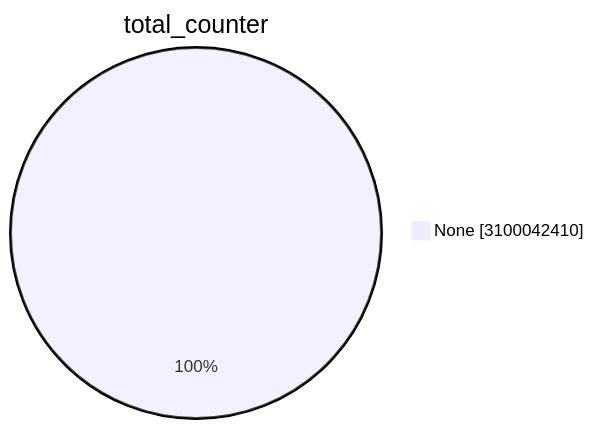
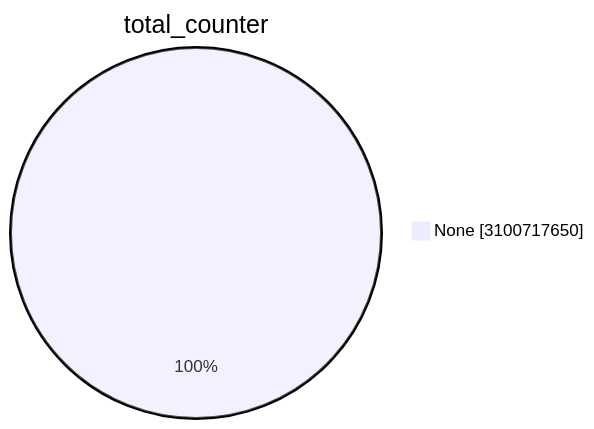
Before and after one commit to christiankrug/ctmonitor_visualization: the first of 15 diagrams in TOTAL/README.md, drawn with Mermaid. The commit also changed other lines of this file, not shown here.

````diff
--- a/TOTAL/README.md
+++ b/TOTAL/README.md
@@ -1,5 +1,5 @@
 ```mermaid
 pie showData
 title total_counter
-"None" :3100042410
+"None" :3100717650
 ```
````
